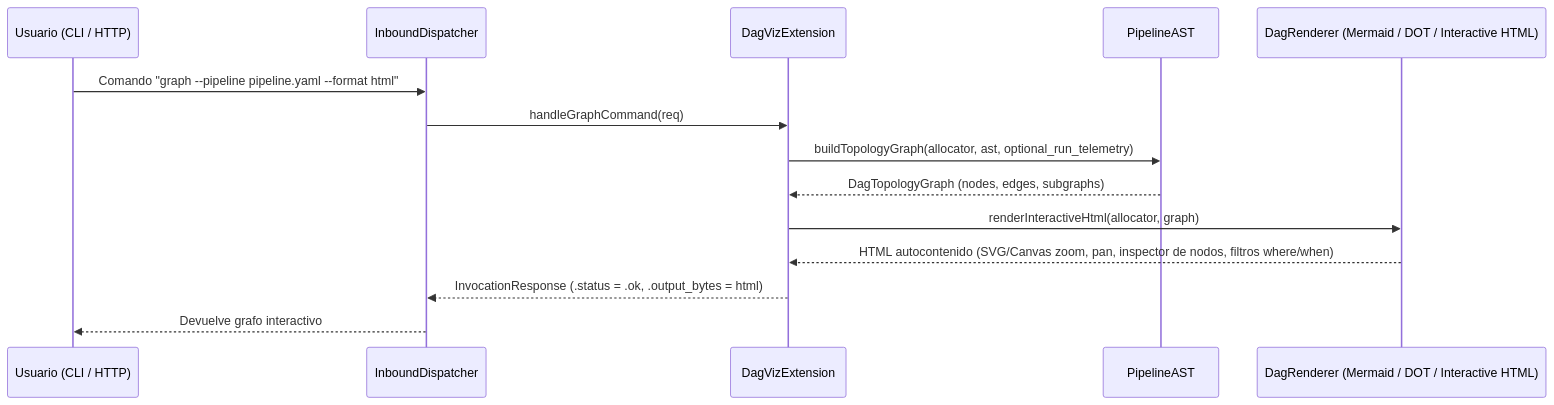
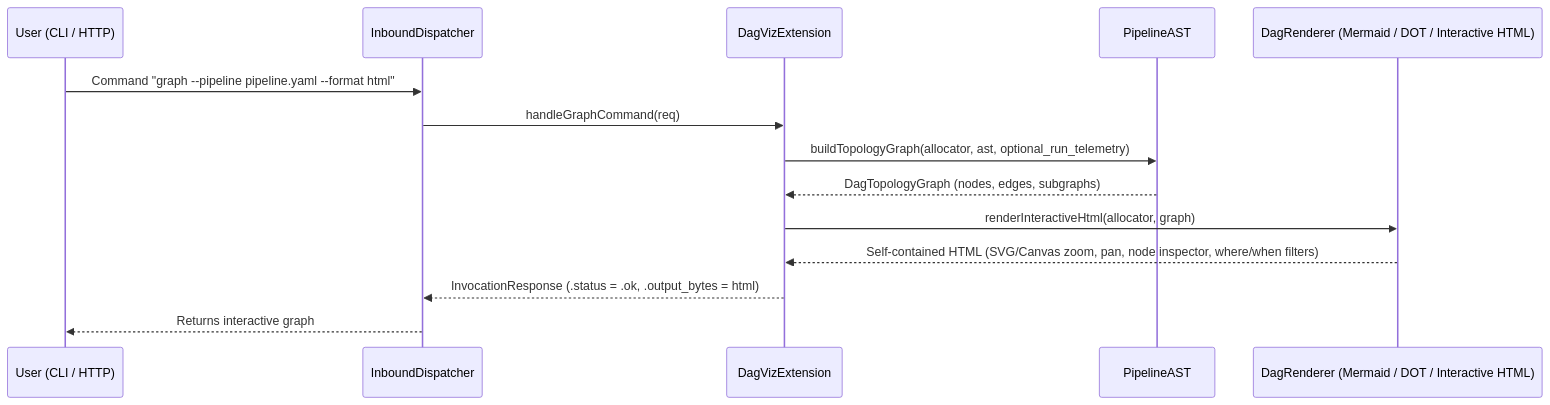
One commit to g-gar/vidsec changed the second of 2 diagrams in docs/development/004-observability-otel-and-dag-visualizer.md. Above: the diagram before and after it, drawn with Mermaid. The commit also changed other lines of this file and 6 other files, not shown here.

````diff
--- a/docs/development/004-observability-otel-and-dag-visualizer.md
+++ b/docs/development/004-observability-otel-and-dag-visualizer.md
@@ -110,17 +110,17 @@
 ```mermaid
 sequenceDiagram
-    participant User as Usuario (CLI / HTTP)
+    participant User as User (CLI / HTTP)
     participant Disp as InboundDispatcher
     participant DagExt as DagVizExtension
     participant AST as PipelineAST
     participant Renderer as DagRenderer (Mermaid / DOT / Interactive HTML)
 
-    User->>Disp: Comando "graph --pipeline pipeline.yaml --format html"
+    User->>Disp: Command "graph --pipeline pipeline.yaml --format html"
     Disp->>DagExt: handleGraphCommand(req)
     DagExt->>AST: buildTopologyGraph(allocator, ast, optional_run_telemetry)
     AST-->>DagExt: DagTopologyGraph (nodes, edges, subgraphs)
     DagExt->>Renderer: renderInteractiveHtml(allocator, graph)
-    Renderer-->>DagExt: HTML autocontenido (SVG/Canvas zoom, pan, inspector de nodos, filtros where/when)
+    Renderer-->>DagExt: Self-contained HTML (SVG/Canvas zoom, pan, node inspector, where/when filters)
     DagExt-->>Disp: InvocationResponse (.status = .ok, .output_bytes = html)
-    Disp-->>User: Devuelve grafo interactivo
+    Disp-->>User: Returns interactive graph
 ```
````
